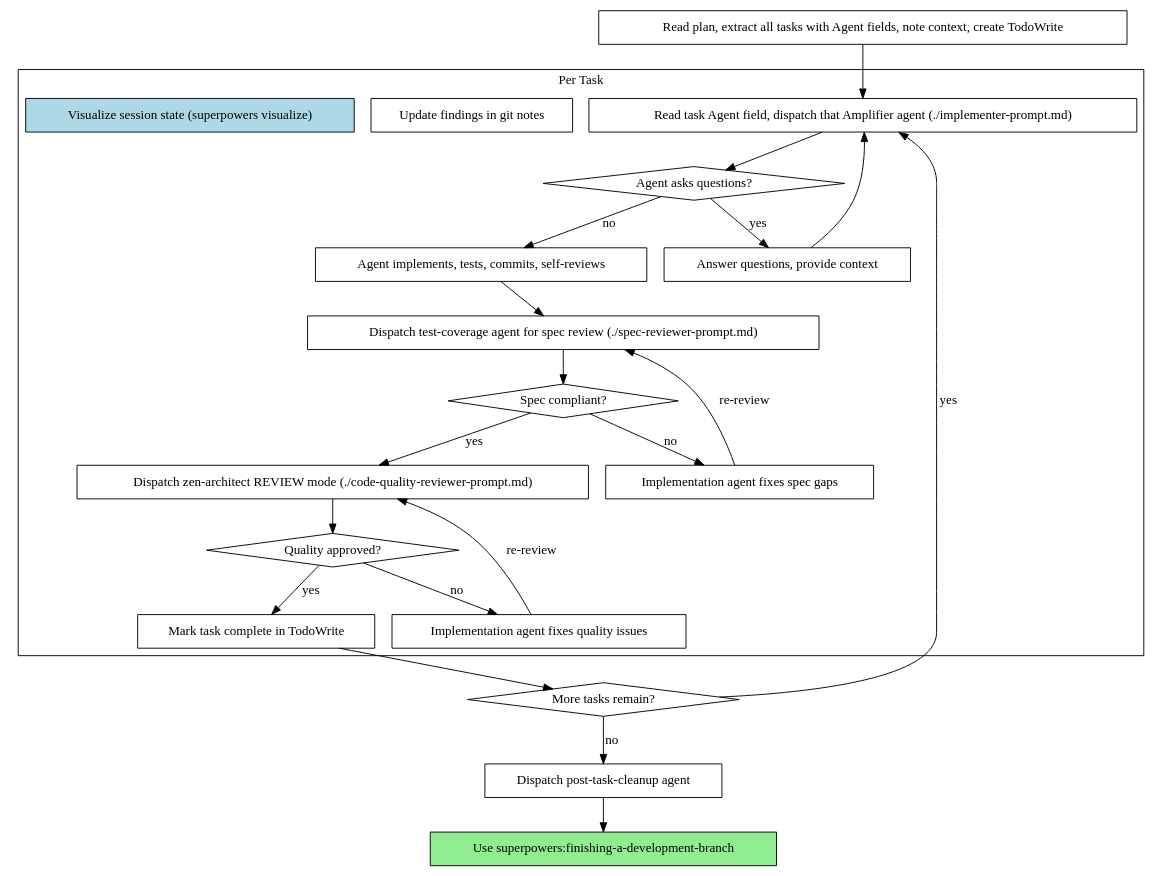
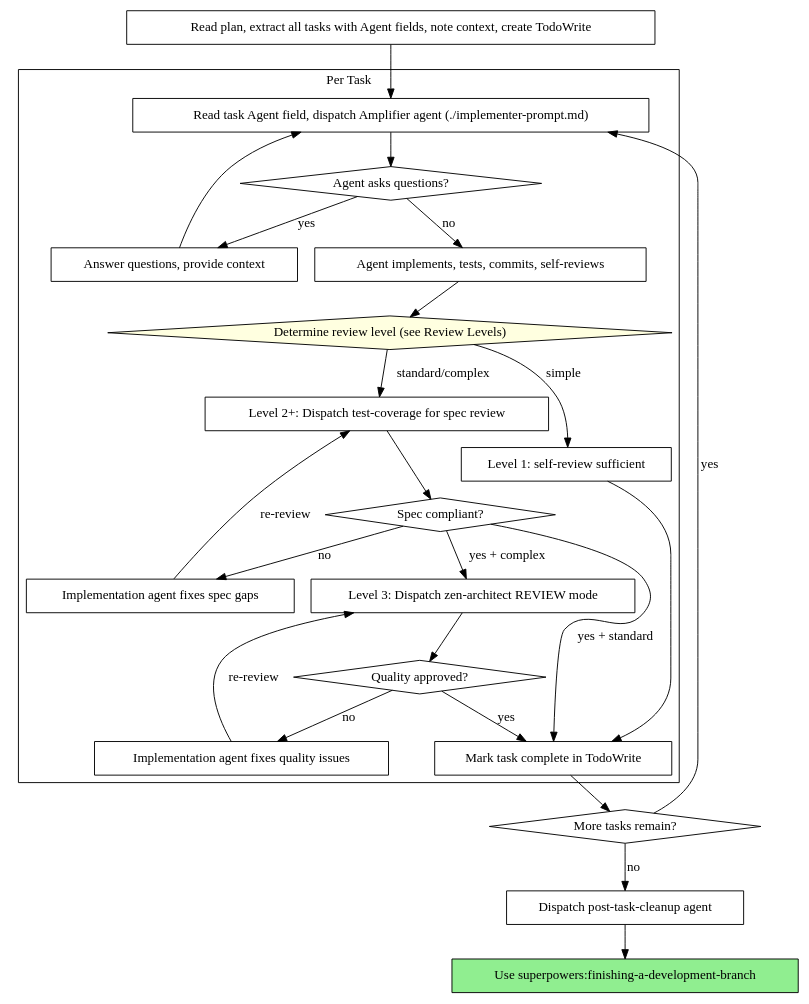
The second of 2 diagrams in skills/subagent-driven-development/SKILL.md (obra/superpowers), drawn with Graphviz before and after one commit. The commit also changed other lines of this file and 4 other files, not shown here.

First line of the commit message:
fix: strengthen Amplifier agent dispatch and simplify review ceremony

````diff
--- a/skills/subagent-driven-development/SKILL.md
+++ b/skills/subagent-driven-development/SKILL.md
@@ -61,46 +85,50 @@
 ```dot
 digraph process {
     rankdir=TB;
 
     subgraph cluster_per_task {
         label="Per Task";
-        "Read task Agent field, dispatch that Amplifier agent (./implementer-prompt.md)" [shape=box];
+        "Read task Agent field, dispatch Amplifier agent (./implementer-prompt.md)" [shape=box];
         "Agent asks questions?" [shape=diamond];
         "Answer questions, provide context" [shape=box];
         "Agent implements, tests, commits, self-reviews" [shape=box];
-        "Dispatch test-coverage agent for spec review (./spec-reviewer-prompt.md)" [shape=box];
+        "Determine review level (see Review Levels)" [shape=diamond style=filled fillcolor=lightyellow];
+        "Level 1: self-review sufficient" [shape=box];
+        "Level 2+: Dispatch test-coverage for spec review" [shape=box];
         "Spec compliant?" [shape=diamond];
         "Implementation agent fixes spec gaps" [shape=box];
-        "Dispatch zen-architect REVIEW mode (./code-quality-reviewer-prompt.md)" [shape=box];
+        "Level 3: Dispatch zen-architect REVIEW mode" [shape=box];
         "Quality approved?" [shape=diamond];
         "Implementation agent fixes quality issues" [shape=box];
         "Mark task complete in TodoWrite" [shape=box];
-        "Update findings in git notes" [shape=box];
-        "Visualize session state (superpowers visualize)" [shape=box style=filled fillcolor=lightblue];
     }
 
     "Read plan, extract all tasks with Agent fields, note context, create TodoWrite" [shape=box];
     "More tasks remain?" [shape=diamond];
     "Dispatch post-task-cleanup agent" [shape=box];
     "Use superpowers:finishing-a-development-branch" [shape=box style=filled fillcolor=lightgreen];
 
-    "Read plan, extract all tasks with Agent fields, note context, create TodoWrite" -> "Read task Agent field, dispatch that Amplifier agent (./implementer-prompt.md)";
-    "Read task Agent field, dispatch that Amplifier agent (./implementer-prompt.md)" -> "Agent asks questions?";
+    "Read plan, extract all tasks with Agent fields, note context, create TodoWrite" -> "Read task Agent field, dispatch Amplifier agent (./implementer-prompt.md)";
+    "Read task Agent field, dispatch Amplifier agent (./implementer-prompt.md)" -> "Agent asks questions?";
     "Agent asks questions?" -> "Answer questions, provide context" [label="yes"];
-    "Answer questions, provide context" -> "Read task Agent field, dispatch that Amplifier agent (./implementer-prompt.md)";
+    "Answer questions, provide context" -> "Read task Agent field, dispatch Amplifier agent (./implementer-prompt.md)";
     "Agent asks questions?" -> "Agent implements, tests, commits, self-reviews" [label="no"];
-    "Agent implements, tests, commits, self-reviews" -> "Dispatch test-coverage agent for spec review (./spec-reviewer-prompt.md)";
-    "Dispatch test-coverage agent for spec review (./spec-reviewer-prompt.md)" -> "Spec compliant?";
+    "Agent implements, tests, commits, self-reviews" -> "Determine review level (see Review Levels)";
+    "Determine review level (see Review Levels)" -> "Level 1: self-review sufficient" [label="simple"];
+    "Determine review level (see Review Levels)" -> "Level 2+: Dispatch test-coverage for spec review" [label="standard/complex"];
+    "Level 1: self-review sufficient" -> "Mark task complete in TodoWrite";
+    "Level 2+: Dispatch test-coverage for spec review" -> "Spec compliant?";
     "Spec compliant?" -> "Implementation agent fixes spec gaps" [label="no"];
-    "Implementation agent fixes spec gaps" -> "Dispatch test-coverage agent for spec review (./spec-reviewer-prompt.md)" [label="re-review"];
-    "Spec compliant?" -> "Dispatch zen-architect REVIEW mode (./code-quality-reviewer-prompt.md)" [label="yes"];
-    "Dispatch zen-architect REVIEW mode (./code-quality-reviewer-prompt.md)" -> "Quality approved?";
+    "Implementation agent fixes spec gaps" -> "Level 2+: Dispatch test-coverage for spec review" [label="re-review"];
+    "Spec compliant?" -> "Level 3: Dispatch zen-architect REVIEW mode" [label="yes + complex"];
+    "Spec compliant?" -> "Mark task complete in TodoWrite" [label="yes + standard"];
+    "Level 3: Dispatch zen-architect REVIEW mode" -> "Quality approved?";
     "Quality approved?" -> "Implementation agent fixes quality issues" [label="no"];
-    "Implementation agent fixes quality issues" -> "Dispatch zen-architect REVIEW mode (./code-quality-reviewer-prompt.md)" [label="re-review"];
+    "Implementation agent fixes quality issues" -> "Level 3: Dispatch zen-architect REVIEW mode" [label="re-review"];
     "Quality approved?" -> "Mark task complete in TodoWrite" [label="yes"];
     "Mark task complete in TodoWrite" -> "More tasks remain?";
-    "More tasks remain?" -> "Read task Agent field, dispatch that Amplifier agent (./implementer-prompt.md)" [label="yes"];
+    "More tasks remain?" -> "Read task Agent field, dispatch Amplifier agent (./implementer-prompt.md)" [label="yes"];
     "More tasks remain?" -> "Dispatch post-task-cleanup agent" [label="no"];
     "Dispatch post-task-cleanup agent" -> "Use superpowers:finishing-a-development-branch";
 }
 ```
````
